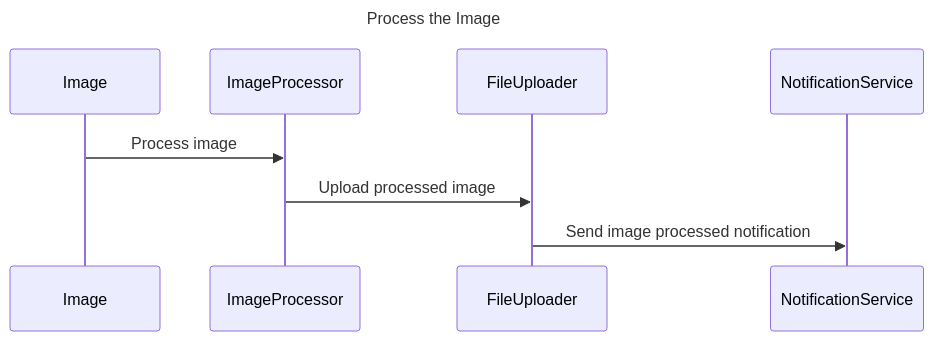
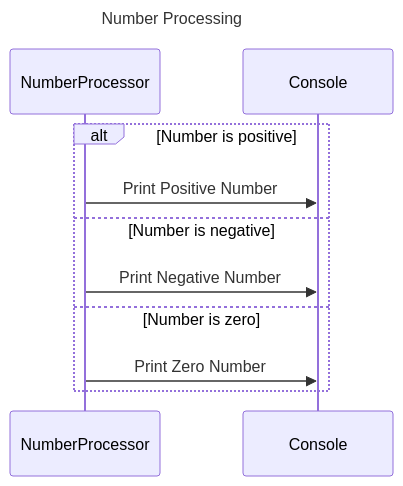
Before and after one commit to RichardHightower/docgen: the eighth of 10 diagrams in src/main/templates/methods/example.md, drawn with Mermaid. The commit also changed other lines of this file and 14 other files, not shown here.

````diff
--- a/src/main/templates/methods/example.md
+++ b/src/main/templates/methods/example.md
@@ -329,14 +578,20 @@
 ```mermaid
 ---
-title: Process the Image
+title: Number Processing
 ---
 sequenceDiagram
-    participant Image
-    participant ImageProcessor
-    participant FileUploader
-    participant NotificationService
-    
-    Image->>ImageProcessor: Process image
-    ImageProcessor->>FileUploader: Upload processed image
-    FileUploader->>NotificationService: Send image processed notification
+
+
+    participant NumberProcessor
+    participant Console
+
+
+    alt Number is positive
+        NumberProcessor->>Console: Print Positive Number
+        
+    else Number is negative
+        NumberProcessor->>Console: Print Negative Number
+    else  Number is zero
+        NumberProcessor->>Console: Print Zero Number
+    end
 ```
````
